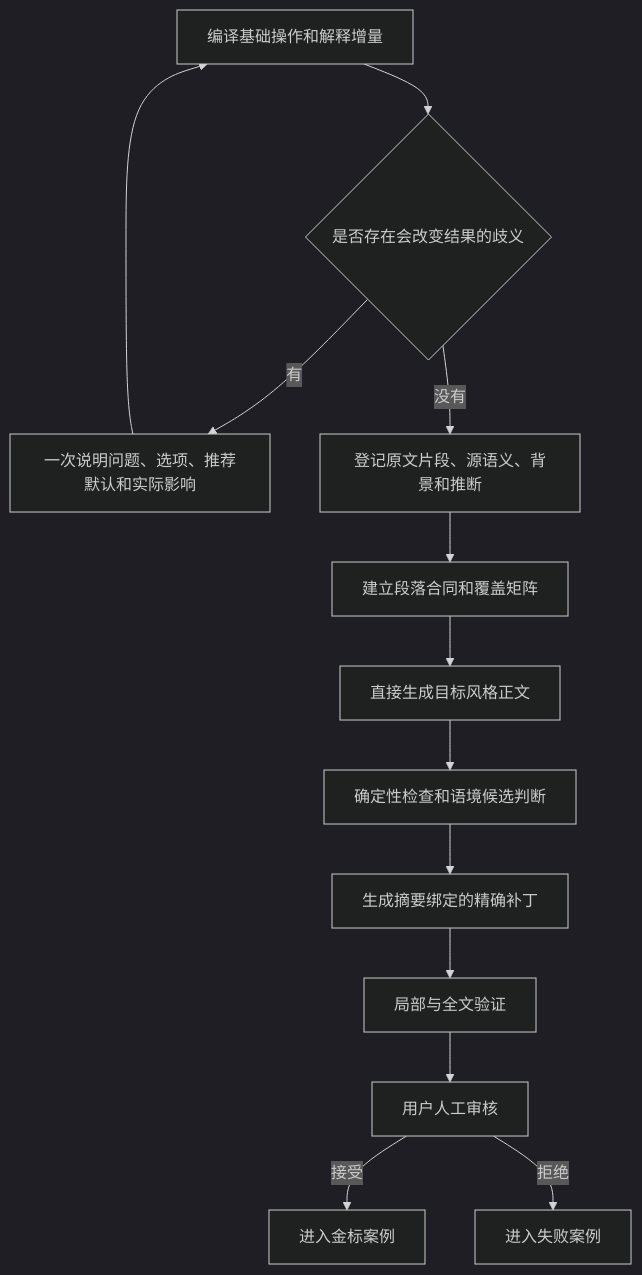
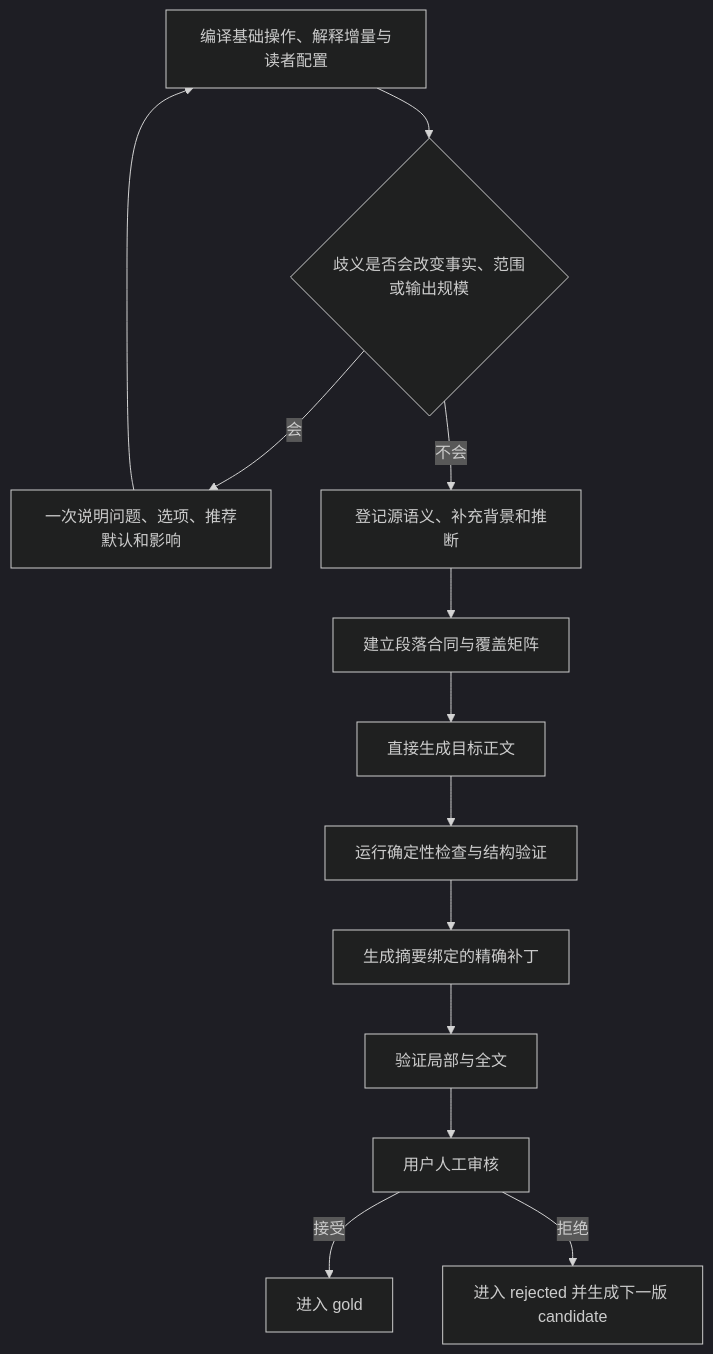
The diagram in README.md (AIALRA-0/agent-human-readable-technical-writing), drawn with Mermaid (dark theme) before and after one commit. The commit also changed other lines of this file and 7 other files, not shown here.

````diff
--- a/README.md
+++ b/README.md
@@ -35,15 +37,15 @@
 ```mermaid
 flowchart TD
-    A[编译基础操作和解释增量] --> B{是否存在会改变结果的歧义}
-    B -->|有| C[一次说明问题、选项、推荐默认和实际影响]
+    A["编译基础操作、解释增量与读者配置"] --> B{"歧义是否会改变事实、范围或输出规模"}
+    B -->|"会"| C["一次说明问题、选项、推荐默认和影响"]
     C --> A
-    B -->|没有| D[登记原文片段、源语义、背景和推断]
-    D --> E[建立段落合同和覆盖矩阵]
-    E --> F[直接生成目标风格正文]
-    F --> G[确定性检查和语境候选判断]
-    G --> H[生成摘要绑定的精确补丁]
-    H --> I[局部与全文验证]
-    I --> J[用户人工审核]
-    J -->|接受| K[进入金标案例]
-    J -->|拒绝| L[进入失败案例]
+    B -->|"不会"| D["登记源语义、补充背景和推断"]
+    D --> E["建立段落合同与覆盖矩阵"]
+    E --> F["直接生成目标正文"]
+    F --> G["运行确定性检查与结构验证"]
+    G --> H["生成摘要绑定的精确补丁"]
+    H --> I["验证局部与全文"]
+    I --> J["用户人工审核"]
+    J -->|"接受"| K["进入 gold"]
+    J -->|"拒绝"| L["进入 rejected 并生成下一版 candidate"]
 ```
````
